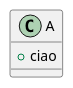
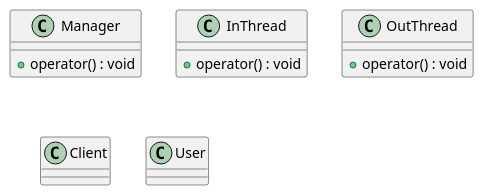
The second of 3 diagrams in docs/Class diagrams.md (aleoli/Shared-Editor), drawn with PlantUML before and after one commit. The commit also changed other lines of this file, not shown here.

Commit message:
Update Class diagrams.md

```diff
--- a/docs/Class diagrams.md
+++ b/docs/Class diagrams.md
@@ -22,5 +43,24 @@
 @startuml
-class A {
- +ciao 
+class Manager {
++ operator() : void
+
+}
+
+class InThread {
++ operator() : void
+
+}
+
+class OutThread {
++ operator() : void
+
+}
+
+class Client {
+
+}
+
+class User {
+
 }
 @enduml
```
